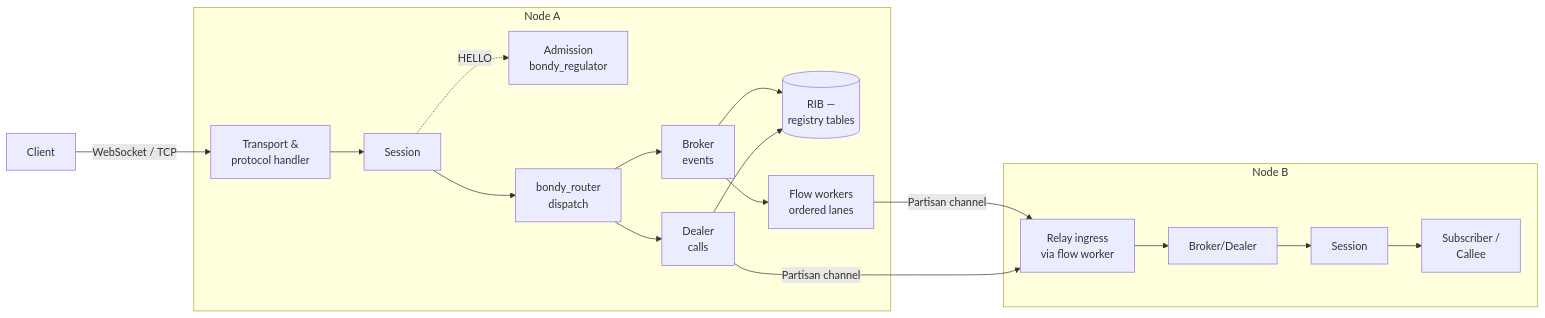
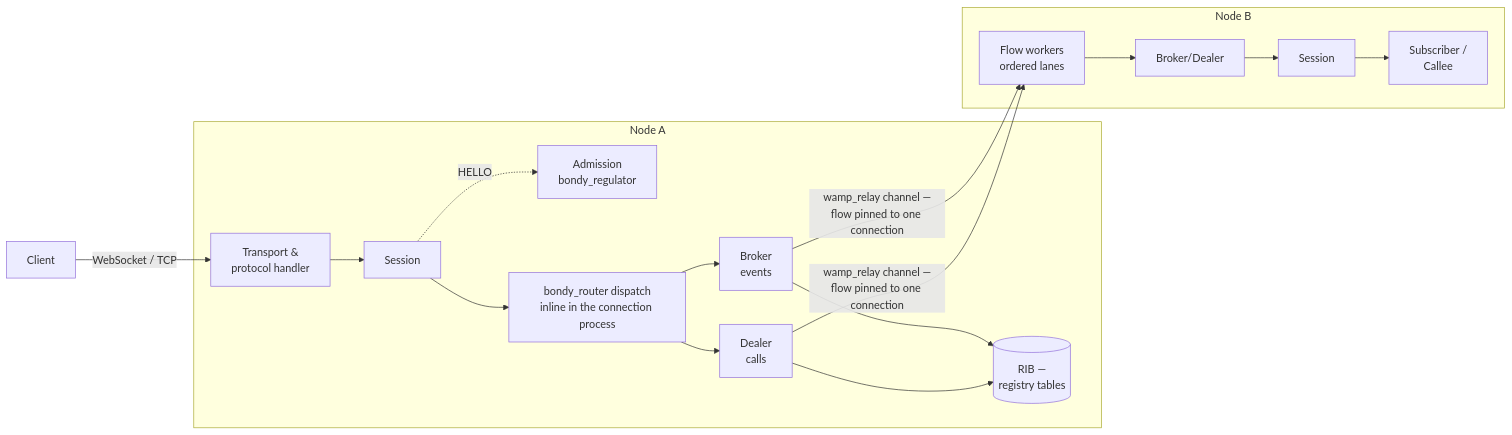
The first of 2 diagrams in doc/guides/architecture/view_routing_plane.md (bondy-io/bondy), drawn with Mermaid before and after one commit. The commit also changed other lines of this file and 16 other files, not shown here.

````diff
--- a/doc/guides/architecture/view_routing_plane.md
+++ b/doc/guides/architecture/view_routing_plane.md
@@ -11,25 +11,24 @@
 ```mermaid
 flowchart LR
     C[Client] -->|WebSocket / TCP| T[Transport &<br/>protocol handler]
     T --> S[Session]
     subgraph Node A
         T
         S
         ADM[Admission<br/>bondy_regulator]
         S -.->|HELLO| ADM
-        S --> R[bondy_router<br/>dispatch]
+        S --> R[bondy_router dispatch<br/>inline in the connection process]
         R --> BR[Broker<br/>events]
         R --> DL[Dealer<br/>calls]
         BR --> RIB[("RIB —<br/>registry tables")]
         DL --> RIB
-        BR --> W[Flow workers<br/>ordered lanes]
     end
     subgraph Node B
-        RL[Relay ingress<br/>via flow worker]
+        W2[Flow workers<br/>ordered lanes]
         BR2[Broker/Dealer]
         S2[Session] --> C2[Subscriber /<br/>Callee]
-        RL --> BR2 --> S2
+        W2 --> BR2 --> S2
     end
-    W -->|Partisan channel| RL
-    DL -->|Partisan channel| RL
+    BR -->|wamp_relay channel —<br/>flow pinned to one connection| W2
+    DL -->|wamp_relay channel —<br/>flow pinned to one connection| W2
 ```
````
